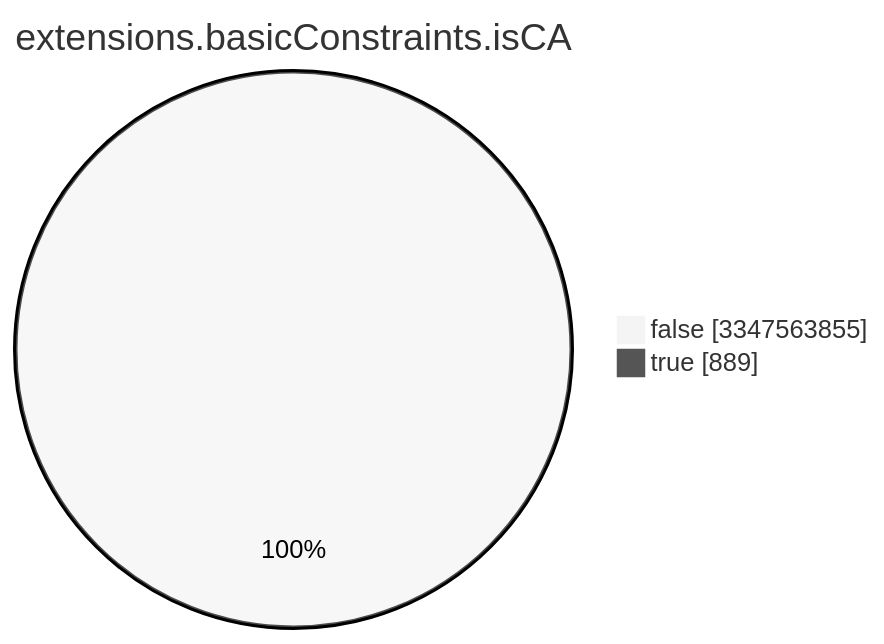
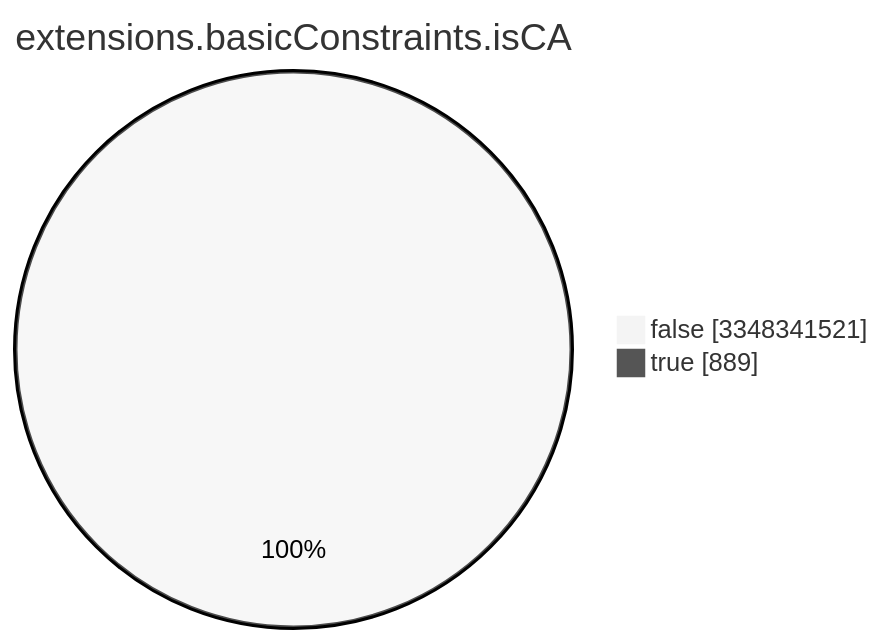
One commit to christiankrug/ctmonitor_visualization changed the seventh of 15 diagrams in TOTAL/README.md. Above: the diagram before and after it, drawn with Mermaid (neutral theme). The commit also changed other lines of this file, not shown here.

````diff
--- a/TOTAL/README.md
+++ b/TOTAL/README.md
@@ -3089,6 +3089,6 @@
 ```mermaid
 pie showData
 title extensions.basicConstraints.isCA
-"false" :3347563855
+"false" :3348341521
 "true" :889
 ```
````
